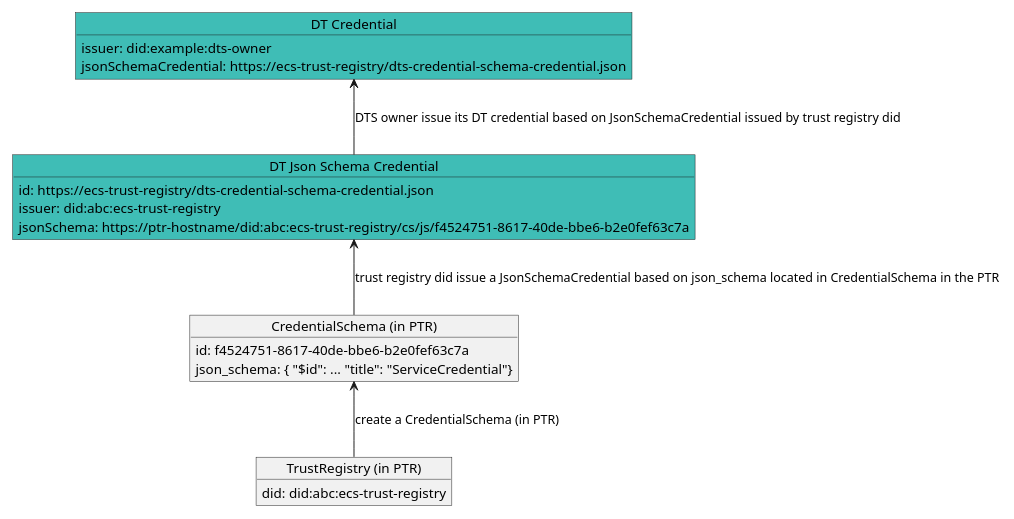
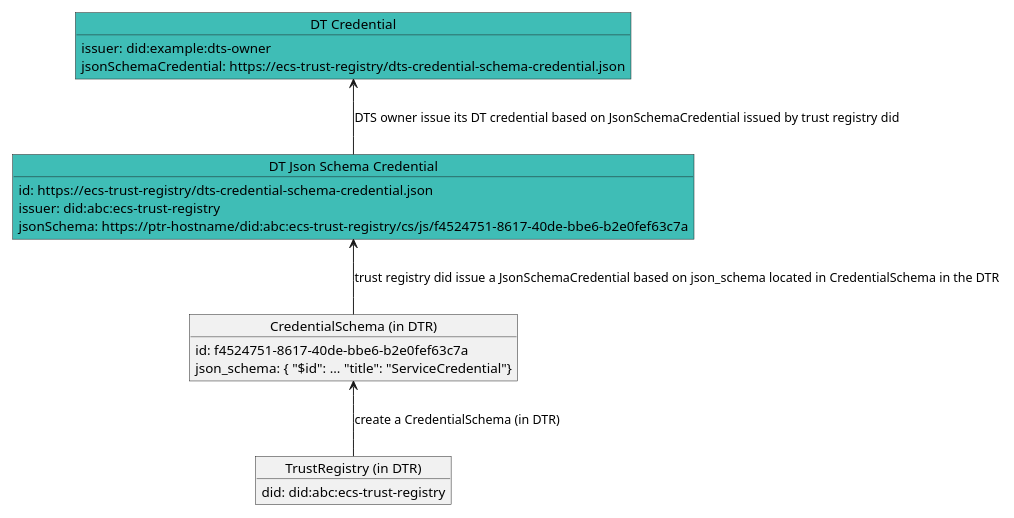
The first of 2 diagrams in spec.md (verana-labs/decentralized-trust-spec), drawn with PlantUML before and after one commit. The commit also changed other lines of this file and 1 other file, not shown here.

````diff
--- a/spec.md
+++ b/spec.md
@@ -636,29 +636,29 @@
 ```plantuml
 
 @startuml
 scale max 800 width
-object "TrustRegistry (in PTR)" as tr {
+object "TrustRegistry (in DTR)" as tr {
   did: did:abc:ecs-trust-registry
 }
-object "CredentialSchema (in PTR)" as cs {
+object "CredentialSchema (in DTR)" as cs {
   id: f4524751-8617-40de-bbe6-b2e0fef63c7a
   json_schema: { "$id": ... "title": "ServiceCredential"}
 }
 object "DT Json Schema Credential" as jsc #3fbdb6 {
   id: https://ecs-trust-registry/dts-credential-schema-credential.json
   issuer: did:abc:ecs-trust-registry
   jsonSchema: https://ptr-hostname/did:abc:ecs-trust-registry/cs/js/f4524751-8617-40de-bbe6-b2e0fef63c7a
 }
 
 object "DT Credential" as dtscred #3fbdb6 {
   issuer: did:example:dts-owner
   jsonSchemaCredential: https://ecs-trust-registry/dts-credential-schema-credential.json
 }
 
-cs <-- tr : create a CredentialSchema (in PTR)
-jsc <-- cs : trust registry did issue a JsonSchemaCredential based on json_schema located in CredentialSchema in the PTR
+cs <-- tr : create a CredentialSchema (in DTR)
+jsc <-- cs : trust registry did issue a JsonSchemaCredential based on json_schema located in CredentialSchema in the DTR
 dtscred <-- jsc: DTS owner issue its DT credential based on JsonSchemaCredential issued by trust registry did
 
 @enduml
 
 ```
````
